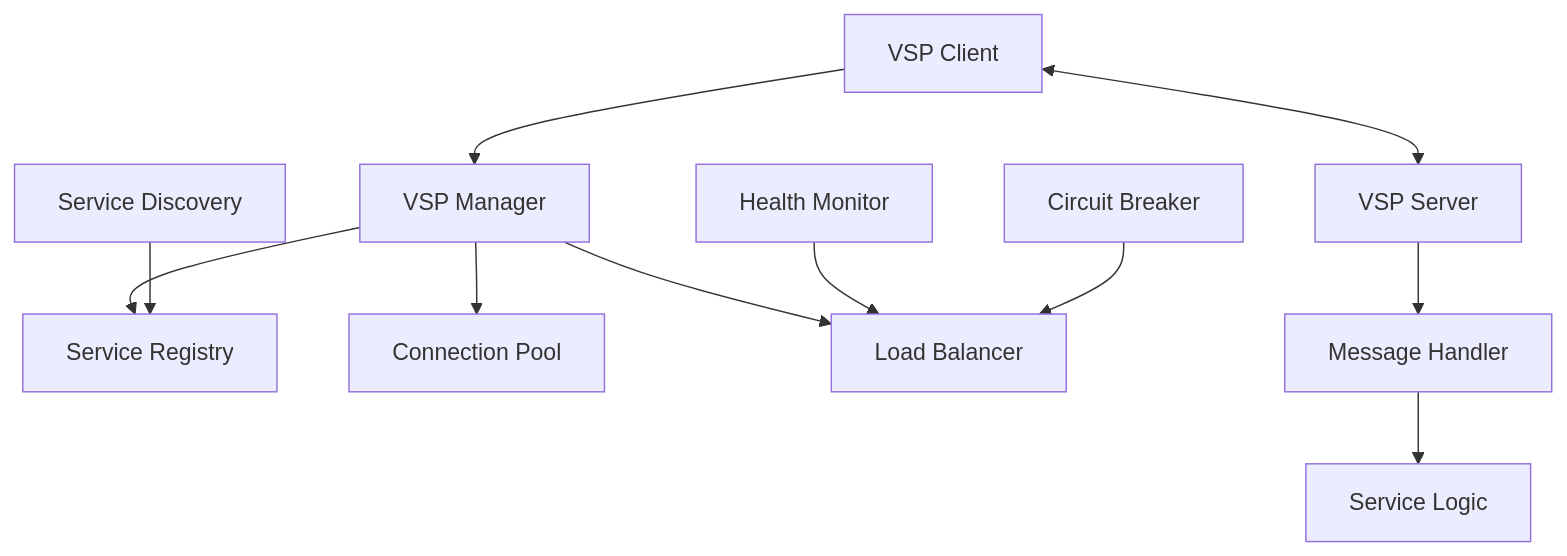
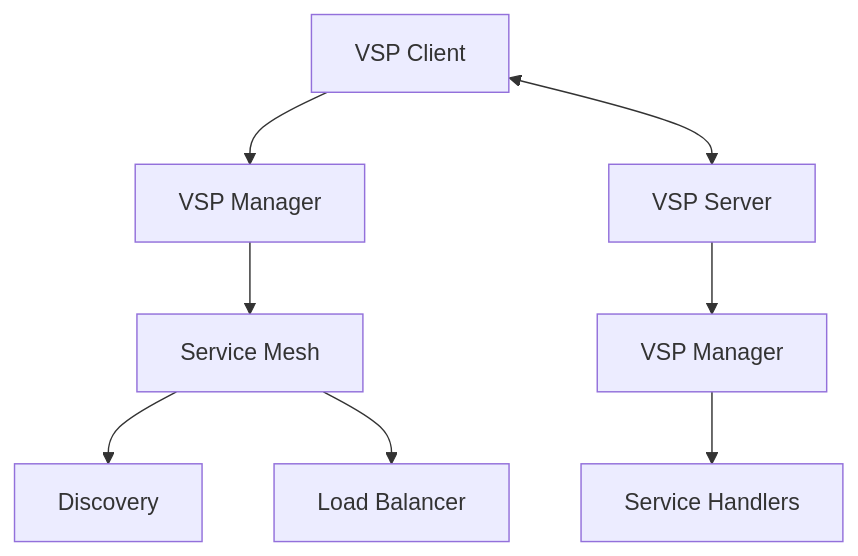
One commit to DVNghiem/Velithon changed the diagram in docs/advanced/vsp.md. Above: the diagram before and after it, drawn with Mermaid. The commit also changed other lines of this file and 13 other files, not shown here.

````diff
--- a/docs/advanced/vsp.md
+++ b/docs/advanced/vsp.md
@@ -17,16 +15,12 @@
 ```mermaid
 graph TD
     A[VSP Client] --> B[VSP Manager]
-    B --> C[Service Registry]
-    B --> D[Connection Pool]
-    B --> E[Load Balancer]
+    B --> C[Service Mesh]
+    C --> D[Discovery]
+    C --> E[Load Balancer]
     
-    F[VSP Server] --> G[Message Handler]
-    G --> H[Service Logic]
-    
-    I[Service Discovery] --> C
-    J[Health Monitor] --> E
-    K[Circuit Breaker] --> E
+    F[VSP Server] --> G[VSP Manager]
+    G --> H[Service Handlers]
     
     A <--> F
 ```
````
